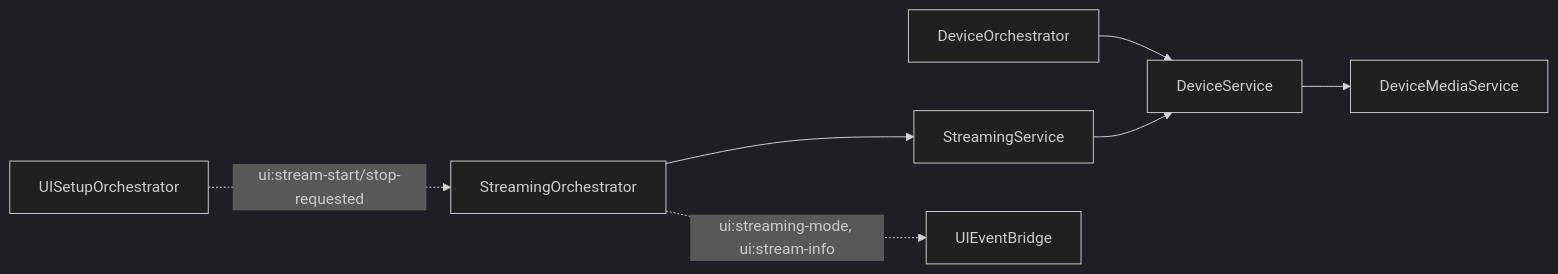
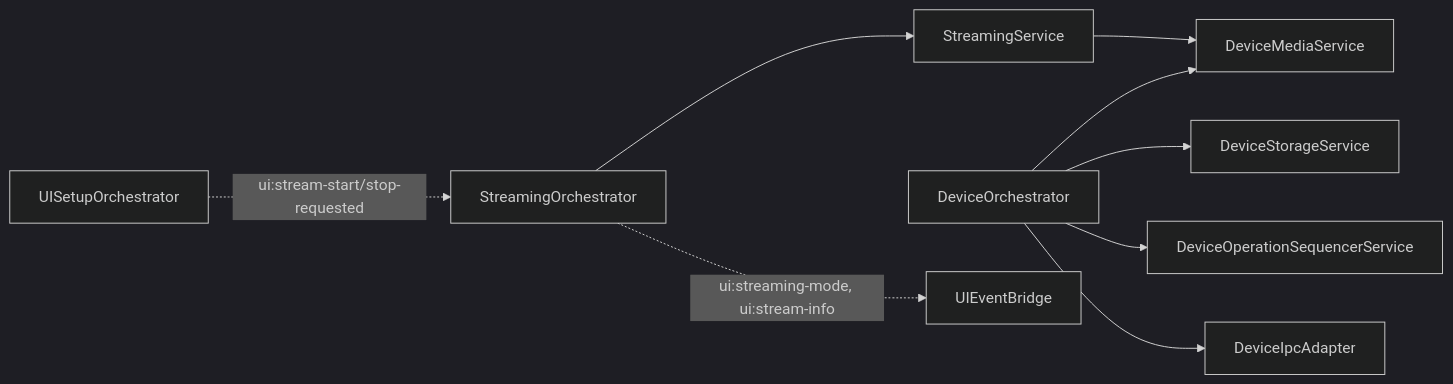
Before and after one commit to josstei/prismgb-app: the second of 6 diagrams in docs/architecture-diagrams-onboarding.md, drawn with Mermaid (dark theme). The commit also changed other lines of this file and 5 other files, not shown here.

````diff
--- a/docs/architecture-diagrams-onboarding.md
+++ b/docs/architecture-diagrams-onboarding.md
@@ -29,17 +29,21 @@
 ```mermaid
 flowchart LR
   UISetupOrchestrator[UISetupOrchestrator]
   StreamingOrchestrator[StreamingOrchestrator]
   StreamingService[StreamingService]
   DeviceOrchestrator[DeviceOrchestrator]
-  DeviceService[DeviceService]
   DeviceMediaService[DeviceMediaService]
+  DeviceStorageService[DeviceStorageService]
+  DeviceOperationSequencerService[DeviceOperationSequencerService]
+  DeviceIpcAdapter[DeviceIpcAdapter]
   UIEventBridge[UIEventBridge]
 
   UISetupOrchestrator -. "ui:stream-start/stop-requested" .-> StreamingOrchestrator
   StreamingOrchestrator --> StreamingService
   StreamingOrchestrator -. "ui:streaming-mode, ui:stream-info" .-> UIEventBridge
-  DeviceOrchestrator --> DeviceService
-  StreamingService --> DeviceService
-  DeviceService --> DeviceMediaService
+  DeviceOrchestrator --> DeviceMediaService
+  DeviceOrchestrator --> DeviceStorageService
+  DeviceOrchestrator --> DeviceOperationSequencerService
+  DeviceOrchestrator --> DeviceIpcAdapter
+  StreamingService --> DeviceMediaService
 ```
````
